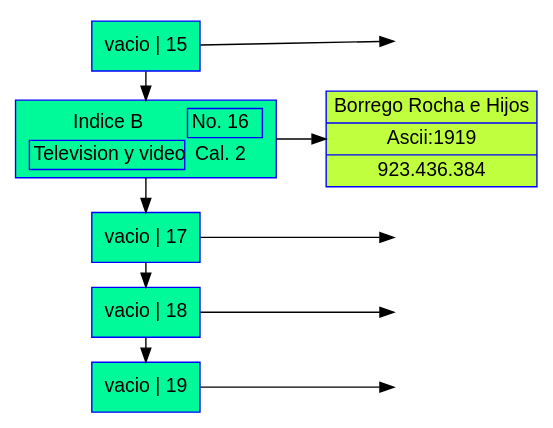
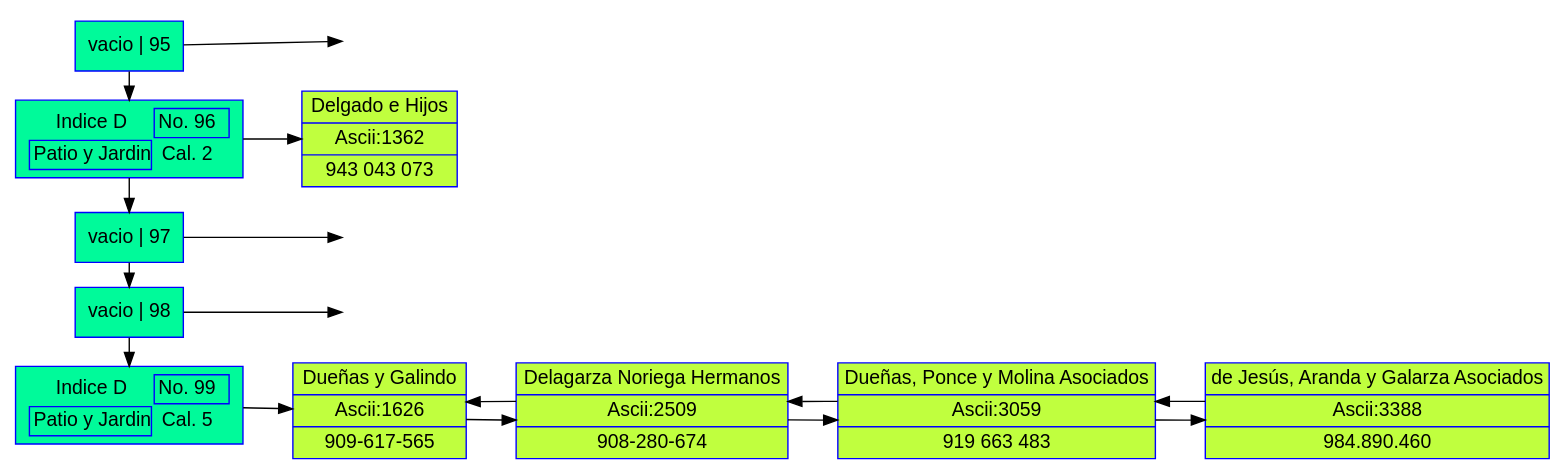
Before and after one commit to JAlvarez9/EDD_VirtualMall_201900528: the diagram in EDD_VirtualMall/Backend/Dots/arreglo.dot, drawn with Graphviz. The commit also changed 31 other files, not shown here.

```diff
--- a/EDD_VirtualMall/Backend/Dots/arreglo.dot
+++ b/EDD_VirtualMall/Backend/Dots/arreglo.dot
@@ -1,40 +1,60 @@
 digraph G{ 
 rankdir= "LR" 
 node[fontname="Arial" style="filled" shape="box" color="blue" fillcolor="mediumspringgreen"]; 
-node15[label="vacio | 15 "]; 
- node15v[label=" ", color="white" fillcolor="white"] 
-node15->node15v; 
-node16[style="filled" color="blue" fillcolor="mediumspringgreen" label=< 
+node95[label="vacio | 95 "]; 
+ node95v[label=" ", color="white" fillcolor="white"] 
+node95->node95v; 
+node96[style="filled" color="blue" fillcolor="mediumspringgreen" label=< 
 <TABLE BORDER="0" ALIGN="LEFT"> 
 <TR> 
-<TD >Indice B</TD> 
-<TD BORDER="1"> No. 16 </TD> 
+<TD >Indice D</TD> 
+<TD BORDER="1"> No. 96 </TD> 
 </TR> 
 <TR> 
-<TD BORDER="1">Television y video</TD> 
+<TD BORDER="1">Patio y Jardin</TD> 
 <TD> Cal. 2 </TD> 
 </TR> 
 </TABLE> 
 >, ]; 
-node0xc0002b66e0[shape="record" label="Borrego Rocha e Hijos| Ascii:1919| 923.436.384 " fillcolor="olivedrab1"]; 
- node16->node0xc0002b66e0; 
-node17[label="vacio | 17 "]; 
- node17v[label=" ", color="white" fillcolor="white"] 
-node17->node17v; 
-node18[label="vacio | 18 "]; 
- node18v[label=" ", color="white" fillcolor="white"] 
-node18->node18v; 
-node19[label="vacio | 19 "]; 
- node19v[label=" ", color="white" fillcolor="white"] 
-node19->node19v; 
-{rank="same" ;node15 
-;node16
-;node17
-;node18
-;node19
+node0xc0003466e0[shape="record" label="Delgado e Hijos| Ascii:1362| 943 043 073 " fillcolor="olivedrab1"]; 
+ node96->node0xc0003466e0; 
+node97[label="vacio | 97 "]; 
+ node97v[label=" ", color="white" fillcolor="white"] 
+node97->node97v; 
+node98[label="vacio | 98 "]; 
+ node98v[label=" ", color="white" fillcolor="white"] 
+node98->node98v; 
+node99[style="filled" color="blue" fillcolor="mediumspringgreen" label=< 
+<TABLE BORDER="0" ALIGN="LEFT"> 
+<TR> 
+<TD >Indice D</TD> 
+<TD BORDER="1"> No. 99 </TD> 
+</TR> 
+<TR> 
+<TD BORDER="1">Patio y Jardin</TD> 
+<TD> Cal. 5 </TD> 
+</TR> 
+</TABLE> 
+>, ]; 
+node0xc000346960[shape="record" label="Dueñas y Galindo| Ascii:1626| 909-617-565 " fillcolor="olivedrab1"]; 
+ node0xc0003468c0[shape="record" label="Delagarza Noriega Hermanos| Ascii:2509| 908-280-674 " fillcolor="olivedrab1"]; 
+ node0xc000346960->node0xc0003468c0; 
+node0xc0003468c0->node0xc000346960; 
+node0xc000346820[shape="record" label="Dueñas, Ponce y Molina Asociados| Ascii:3059| 919 663 483 " fillcolor="olivedrab1"]; 
+ node0xc0003468c0->node0xc000346820; 
+node0xc000346820->node0xc0003468c0; 
+node0xc000346780[shape="record" label="de Jesús, Aranda y Galarza Asociados| Ascii:3388| 984.890.460 " fillcolor="olivedrab1"]; 
+ node0xc000346820->node0xc000346780; 
+node0xc000346780->node0xc000346820; 
+node99->node0xc000346960; 
+{rank="same" ;node95 
+;node96
+;node97
+;node98
+;node99
  }
-node15 -> node16 
-node16 -> node17 
-node17 -> node18 
-node18 -> node19 
+node95 -> node96 
+node96 -> node97 
+node97 -> node98 
+node98 -> node99 
 } 
```
